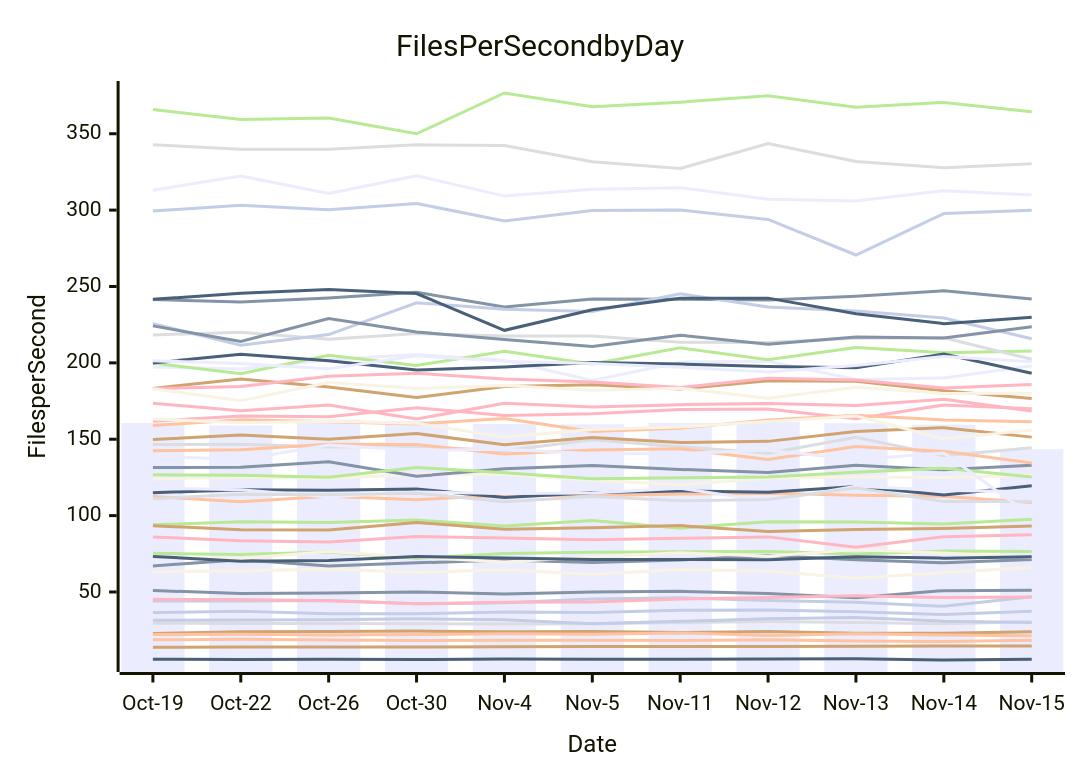
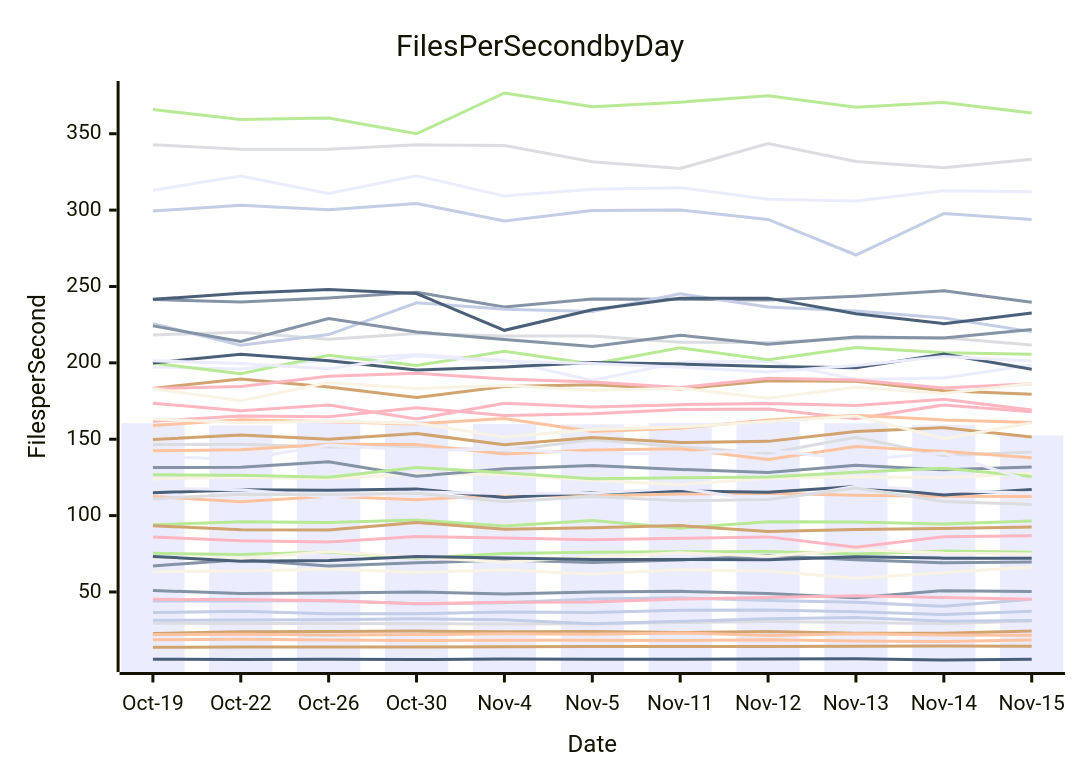
Before and after one commit to streetsidesoftware/cspell: the diagram in perf-report.md, drawn with Mermaid. The commit also changed other lines of this file and 1 other file, not shown here.

````diff
--- a/perf-report.md
+++ b/perf-report.md
@@ -10,57 +10,57 @@
 ```mermaid
 xychart-beta
     title Files Per Second by Day
     y-axis Files per Second
     x-axis Date [Oct-19, Oct-22, Oct-26, Oct-30, Nov-4, Nov-5, Nov-11, Nov-12, Nov-13, Nov-14, Nov-15]
-    bar [160.58, 159.03, 162.88, 161.94, 160.02, 159.72, 160.65, 161.35, 160.47, 159.54, 143.44]
-    line [50.97, 49.03, 49.37, 49.99, 48.68, 50.03, 50.42, 49.00, 46.22, 50.88, 51.06]
-    line [112.56, 109.04, 112.63, 110.40, 113.53, 112.85, 114.15, 114.65, 113.36, 112.62, 108.61]
-    line [146.50, 146.67, 144.85, 145.45, 142.42, 149.63, 145.08, 140.78, 151.35, 139.20, 144.37]
-    line [93.97, 96.00, 95.45, 97.05, 93.17, 96.79, 91.80, 95.95, 95.87, 94.48, 97.54]
-    line [22.78, 23.92, 24.17, 24.43, 23.95, 24.20, 23.49, 24.08, 23.00, 23.06, 24.03]
-    line [36.49, 37.33, 35.82, 35.71, 36.86, 36.50, 38.05, 38.19, 36.99, 35.25, 37.46]
-    line [161.71, 165.23, 164.80, 170.61, 165.61, 166.70, 169.45, 169.81, 163.46, 172.46, 170.00]
-    line [6.02, 5.75, 6.03, 5.80, 6.05, 5.91, 5.92, 6.05, 6.23, 5.47, 5.93]
-    line [63.29, 63.79, 65.07, 62.75, 64.51, 61.69, 64.67, 63.79, 59.02, 62.70, 66.07]
-    line [197.32, 196.05, 201.96, 205.39, 201.71, 188.42, 200.46, 201.07, 189.10, 190.06, 198.14]
-    line [67.05, 71.08, 67.00, 69.09, 70.86, 69.37, 70.88, 73.81, 71.09, 69.11, 71.21]
-    line [18.69, 19.00, 18.63, 18.25, 18.44, 18.38, 18.23, 18.67, 17.83, 17.56, 18.39]
-    line [29.58, 29.31, 29.41, 29.14, 29.07, 29.19, 29.96, 30.60, 29.98, 29.13, 30.48]
-    line [75.28, 74.51, 76.18, 72.03, 75.21, 76.09, 76.34, 76.58, 74.79, 76.80, 76.50]
-    line [93.37, 90.70, 90.60, 95.53, 91.04, 92.11, 93.46, 89.53, 90.84, 91.64, 93.14]
-    line [44.15, 44.08, 44.42, 42.24, 42.88, 45.37, 46.20, 44.50, 43.23, 40.60, 46.95]
-    line [173.59, 168.67, 172.42, 163.25, 173.61, 171.18, 172.63, 173.35, 172.14, 176.09, 168.44]
-    line [115.01, 116.88, 116.53, 117.43, 111.89, 115.01, 116.13, 115.22, 119.08, 113.54, 119.58]
-    line [123.99, 125.15, 124.19, 127.28, 126.86, 123.18, 120.25, 124.45, 125.35, 124.99, 126.38]
-    line [118.00, 116.85, 112.16, 115.50, 114.45, 114.87, 117.85, 109.38, 119.29, 116.46, 115.85]
-    line [131.49, 131.59, 135.21, 125.70, 130.73, 132.76, 130.23, 128.16, 133.01, 129.97, 132.93]
-    line [22.11, 22.28, 21.78, 22.12, 22.59, 22.34, 23.16, 21.54, 22.68, 21.85, 21.39]
-    line [342.86, 339.81, 339.82, 342.79, 342.26, 331.64, 327.21, 343.58, 331.81, 327.76, 330.34]
-    line [199.89, 192.85, 204.98, 198.27, 207.58, 199.26, 209.84, 202.01, 209.99, 206.66, 207.72]
-    line [149.81, 152.74, 149.93, 153.73, 146.39, 151.10, 147.79, 148.60, 155.08, 157.59, 151.38]
-    line [299.41, 303.13, 300.22, 304.34, 292.89, 299.81, 300.08, 293.90, 270.62, 297.75, 299.93]
-    line [45.18, 45.07, 44.31, 42.25, 43.22, 43.49, 45.34, 46.46, 47.61, 46.36, 46.78]
-    line [199.93, 205.59, 201.31, 195.27, 197.35, 200.31, 199.19, 197.63, 196.85, 205.77, 193.21]
-    line [72.64, 71.96, 76.44, 72.80, 69.62, 72.93, 75.62, 73.39, 77.86, 75.46, 72.66]
-    line [201.34, 199.55, 196.07, 204.60, 201.12, 199.63, 197.18, 194.05, 198.31, 204.17, 200.71]
-    line [241.48, 239.78, 242.41, 246.20, 236.64, 241.81, 241.59, 241.14, 243.55, 247.17, 241.76]
-    line [158.95, 162.77, 161.40, 160.02, 163.60, 155.05, 157.20, 162.55, 165.62, 162.61, 161.43]
-    line [218.31, 220.10, 215.49, 219.14, 217.54, 217.64, 213.57, 213.32, 216.11, 216.43, 202.37]
-    line [126.74, 126.46, 125.04, 131.49, 128.05, 124.13, 124.73, 125.27, 128.39, 131.06, 125.35]
-    line [183.26, 189.47, 184.23, 177.36, 184.49, 185.72, 182.94, 188.28, 187.98, 181.73, 176.67]
-    line [225.66, 211.47, 218.53, 239.32, 235.17, 233.67, 245.24, 236.50, 233.98, 229.39, 215.74]
-    line [183.18, 184.56, 191.17, 193.23, 189.38, 187.47, 183.93, 189.93, 188.83, 183.53, 185.76]
-    line [73.27, 70.11, 70.57, 73.22, 72.23, 71.32, 71.25, 71.08, 73.06, 72.16, 73.10]
-    line [183.04, 175.20, 187.18, 183.23, 185.22, 182.14, 183.42, 176.89, 184.07, 179.92, 180.06]
-    line [313.03, 322.37, 310.93, 322.55, 309.17, 313.73, 314.69, 307.18, 306.00, 312.70, 309.93]
-    line [224.21, 213.97, 229.01, 220.21, 215.36, 210.66, 218.14, 212.13, 216.95, 216.28, 223.58]
-    line [142.44, 143.06, 146.69, 146.59, 140.40, 143.02, 143.74, 136.69, 145.20, 142.11, 134.40]
-    line [111.02, 113.95, 113.80, 114.69, 109.15, 112.48, 109.72, 110.55, 118.02, 109.29, 109.27]
-    line [365.93, 359.34, 360.33, 349.95, 376.67, 367.68, 370.64, 374.87, 367.41, 370.51, 364.46]
-    line [13.81, 14.01, 14.02, 13.97, 14.18, 14.33, 14.26, 14.23, 14.49, 14.71, 14.66]
-    line [31.44, 31.67, 31.78, 32.41, 31.83, 29.14, 30.76, 32.43, 33.35, 30.87, 29.98]
-    line [86.03, 83.62, 82.78, 86.40, 85.26, 84.18, 85.13, 86.07, 79.22, 86.18, 87.42]
-    line [241.58, 245.56, 247.95, 245.41, 221.31, 234.75, 242.27, 242.37, 232.19, 225.67, 229.84]
-    line [163.29, 160.80, 161.82, 160.48, 151.46, 156.36, 158.02, 161.56, 165.28, 150.34, 155.96]
-    line [139.08, 136.76, 146.14, 142.74, 143.48, 140.52, 140.72, 142.75, 136.72, 140.92, 99.92]
+    bar [160.58, 159.03, 162.88, 161.94, 160.02, 159.72, 160.65, 161.35, 160.47, 159.54, 152.49]
+    line [50.97, 49.03, 49.37, 49.99, 48.68, 50.03, 50.42, 49.00, 46.22, 50.88, 50.36]
+    line [112.56, 109.04, 112.63, 110.40, 113.53, 112.85, 114.15, 114.65, 113.36, 112.62, 112.45]
+    line [146.50, 146.67, 144.85, 145.45, 142.42, 149.63, 145.08, 140.78, 151.35, 139.20, 141.60]
+    line [93.97, 96.00, 95.45, 97.05, 93.17, 96.79, 91.80, 95.95, 95.87, 94.48, 96.49]
+    line [22.78, 23.92, 24.17, 24.43, 23.95, 24.20, 23.49, 24.08, 23.00, 23.06, 24.39]
+    line [36.49, 37.33, 35.82, 35.71, 36.86, 36.50, 38.05, 38.19, 36.99, 35.25, 37.33]
+    line [161.71, 165.23, 164.80, 170.61, 165.61, 166.70, 169.45, 169.81, 163.46, 172.46, 168.05]
+    line [6.02, 5.75, 6.03, 5.80, 6.05, 5.91, 5.92, 6.05, 6.23, 5.47, 5.88]
+    line [63.29, 63.79, 65.07, 62.75, 64.51, 61.69, 64.67, 63.79, 59.02, 62.70, 66.28]
+    line [197.32, 196.05, 201.96, 205.39, 201.71, 188.42, 200.46, 201.07, 189.10, 190.06, 198.59]
+    line [67.05, 71.08, 67.00, 69.09, 70.86, 69.37, 70.88, 73.81, 71.09, 69.11, 69.69]
+    line [18.69, 19.00, 18.63, 18.25, 18.44, 18.38, 18.23, 18.67, 17.83, 17.56, 18.51]
+    line [29.58, 29.31, 29.41, 29.14, 29.07, 29.19, 29.96, 30.60, 29.98, 29.13, 31.07]
+    line [75.28, 74.51, 76.18, 72.03, 75.21, 76.09, 76.34, 76.58, 74.79, 76.80, 75.98]
+    line [93.37, 90.70, 90.60, 95.53, 91.04, 92.11, 93.46, 89.53, 90.84, 91.64, 92.62]
+    line [44.15, 44.08, 44.42, 42.24, 42.88, 45.37, 46.20, 44.50, 43.23, 40.60, 45.19]
+    line [173.59, 168.67, 172.42, 163.25, 173.61, 171.18, 172.63, 173.35, 172.14, 176.09, 169.19]
+    line [115.01, 116.88, 116.53, 117.43, 111.89, 115.01, 116.13, 115.22, 119.08, 113.54, 117.04]
+    line [123.99, 125.15, 124.19, 127.28, 126.86, 123.18, 120.25, 124.45, 125.35, 124.99, 127.71]
+    line [118.00, 116.85, 112.16, 115.50, 114.45, 114.87, 117.85, 109.38, 119.29, 116.46, 114.84]
+    line [131.49, 131.59, 135.21, 125.70, 130.73, 132.76, 130.23, 128.16, 133.01, 129.97, 131.87]
+    line [22.11, 22.28, 21.78, 22.12, 22.59, 22.34, 23.16, 21.54, 22.68, 21.85, 21.64]
+    line [342.86, 339.81, 339.82, 342.79, 342.26, 331.64, 327.21, 343.58, 331.81, 327.76, 333.28]
+    line [199.89, 192.85, 204.98, 198.27, 207.58, 199.26, 209.84, 202.01, 209.99, 206.66, 205.57]
+    line [149.81, 152.74, 149.93, 153.73, 146.39, 151.10, 147.79, 148.60, 155.08, 157.59, 151.44]
+    line [299.41, 303.13, 300.22, 304.34, 292.89, 299.81, 300.08, 293.90, 270.62, 297.75, 293.84]
+    line [45.18, 45.07, 44.31, 42.25, 43.22, 43.49, 45.34, 46.46, 47.61, 46.36, 45.21]
+    line [199.93, 205.59, 201.31, 195.27, 197.35, 200.31, 199.19, 197.63, 196.85, 205.77, 195.85]
+    line [72.64, 71.96, 76.44, 72.80, 69.62, 72.93, 75.62, 73.39, 77.86, 75.46, 74.80]
+    line [201.34, 199.55, 196.07, 204.60, 201.12, 199.63, 197.18, 194.05, 198.31, 204.17, 201.21]
+    line [241.48, 239.78, 242.41, 246.20, 236.64, 241.81, 241.59, 241.14, 243.55, 247.17, 239.70]
+    line [158.95, 162.77, 161.40, 160.02, 163.60, 155.05, 157.20, 162.55, 165.62, 162.61, 160.92]
+    line [218.31, 220.10, 215.49, 219.14, 217.54, 217.64, 213.57, 213.32, 216.11, 216.43, 211.63]
+    line [126.74, 126.46, 125.04, 131.49, 128.05, 124.13, 124.73, 125.27, 128.39, 131.06, 125.58]
+    line [183.26, 189.47, 184.23, 177.36, 184.49, 185.72, 182.94, 188.28, 187.98, 181.73, 179.46]
+    line [225.66, 211.47, 218.53, 239.32, 235.17, 233.67, 245.24, 236.50, 233.98, 229.39, 220.46]
+    line [183.18, 184.56, 191.17, 193.23, 189.38, 187.47, 183.93, 189.93, 188.83, 183.53, 186.29]
+    line [73.27, 70.11, 70.57, 73.22, 72.23, 71.32, 71.25, 71.08, 73.06, 72.16, 72.16]
+    line [183.04, 175.20, 187.18, 183.23, 185.22, 182.14, 183.42, 176.89, 184.07, 179.92, 186.52]
+    line [313.03, 322.37, 310.93, 322.55, 309.17, 313.73, 314.69, 307.18, 306.00, 312.70, 312.10]
+    line [224.21, 213.97, 229.01, 220.21, 215.36, 210.66, 218.14, 212.13, 216.95, 216.28, 221.83]
+    line [142.44, 143.06, 146.69, 146.59, 140.40, 143.02, 143.74, 136.69, 145.20, 142.11, 137.95]
+    line [111.02, 113.95, 113.80, 114.69, 109.15, 112.48, 109.72, 110.55, 118.02, 109.29, 107.32]
+    line [365.93, 359.34, 360.33, 349.95, 376.67, 367.68, 370.64, 374.87, 367.41, 370.51, 363.61]
+    line [13.81, 14.01, 14.02, 13.97, 14.18, 14.33, 14.26, 14.23, 14.49, 14.71, 14.53]
+    line [31.44, 31.67, 31.78, 32.41, 31.83, 29.14, 30.76, 32.43, 33.35, 30.87, 31.37]
+    line [86.03, 83.62, 82.78, 86.40, 85.26, 84.18, 85.13, 86.07, 79.22, 86.18, 86.84]
+    line [241.58, 245.56, 247.95, 245.41, 221.31, 234.75, 242.27, 242.37, 232.19, 225.67, 232.69]
+    line [163.29, 160.80, 161.82, 160.48, 151.46, 156.36, 158.02, 161.56, 165.28, 150.34, 160.80]
+    line [139.08, 136.76, 146.14, 142.74, 143.48, 140.52, 140.72, 142.75, 136.72, 140.92, 122.39]
 ```
````
